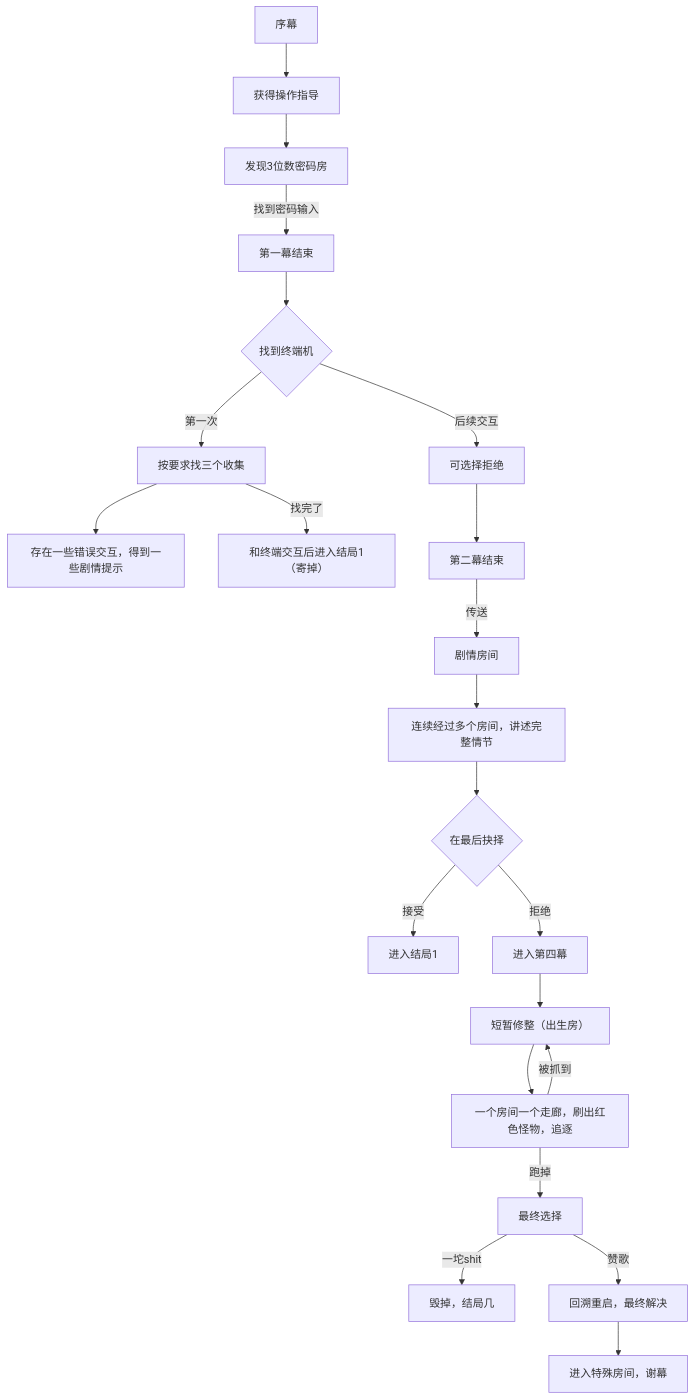
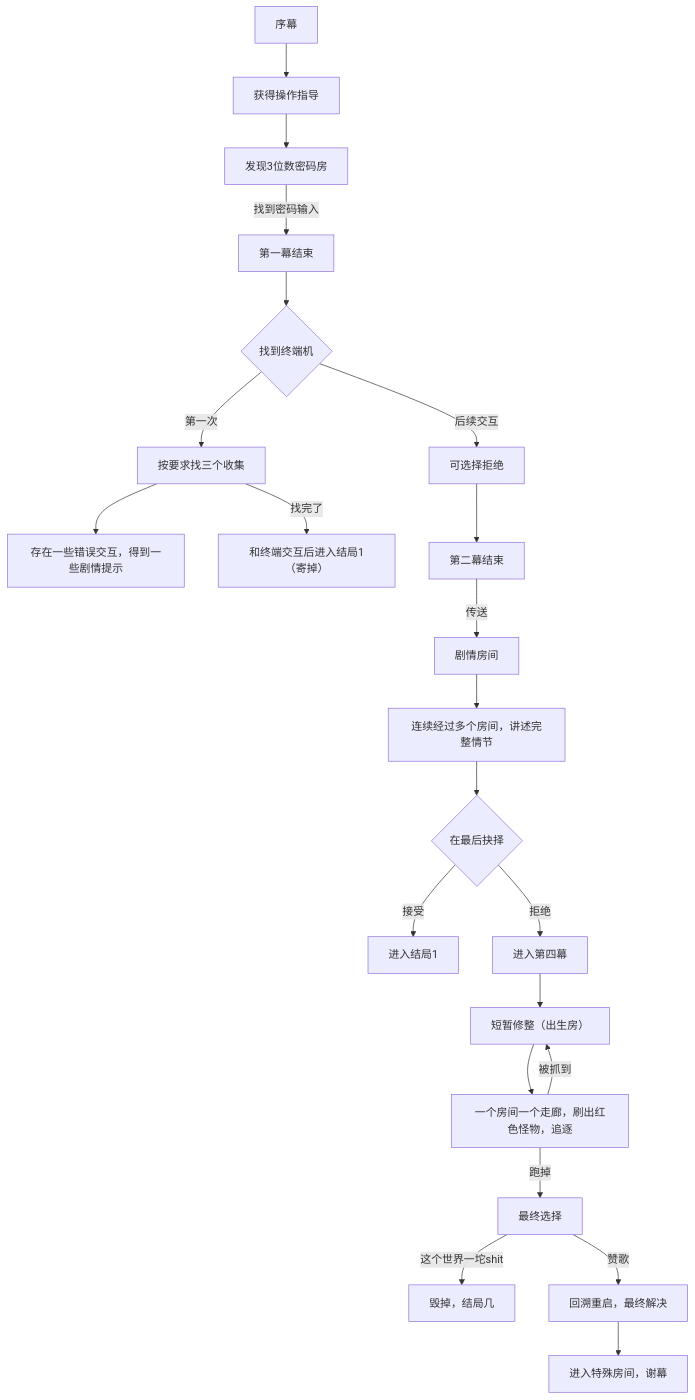
One commit to yht0511/Terminus changed the diagram in docs/checkpoint.md. Above: the diagram before and after it, drawn with Mermaid.

Commit message:
小修

````diff
--- a/docs/checkpoint.md
+++ b/docs/checkpoint.md
@@ -3,24 +3,24 @@
 ```mermaid
 graph TD
     pre[序幕]-->help[获得操作指导]
     help-->password[发现3位数密码房]
     password-->|找到密码输入|find_pwd[第一幕结束]
     find_pwd-->terminal{找到终端机}
     terminal-->|第一次|find_module[按要求找三个收集]
     find_module-->extra[存在一些错误交互，得到一些剧情提示]
     find_module-->|找完了|check[和终端交互后进入结局1（寄掉）]
     terminal-->|后续交互|deny[可选择拒绝]
     deny-->second_end[第二幕结束]
     second_end-->|传送|story_3[剧情房间]
     story_3-->story_get[连续经过多个房间，讲述完整情节]
     story_get-->option{在最后抉择}
     option-->|接受|fail[进入结局1]
     option-->|拒绝|story4[进入第四幕]
     story4-->rest_room[短暂修整（出生房）]
     rest_room-->monster[一个房间一个走廊，刷出红色怪物，追逐]
     monster-->|被抓到|rest_room
     monster-->|跑掉|ending[最终选择]
-    ending-->|一坨shit|destory[毁掉，结局几]
+    ending-->|这个世界一坨shit|destory[毁掉，结局几]
     ending-->|赞歌|recover[回溯重启，最终解决]
     recover-->thanks[进入特殊房间，谢幕]
 ```
````
